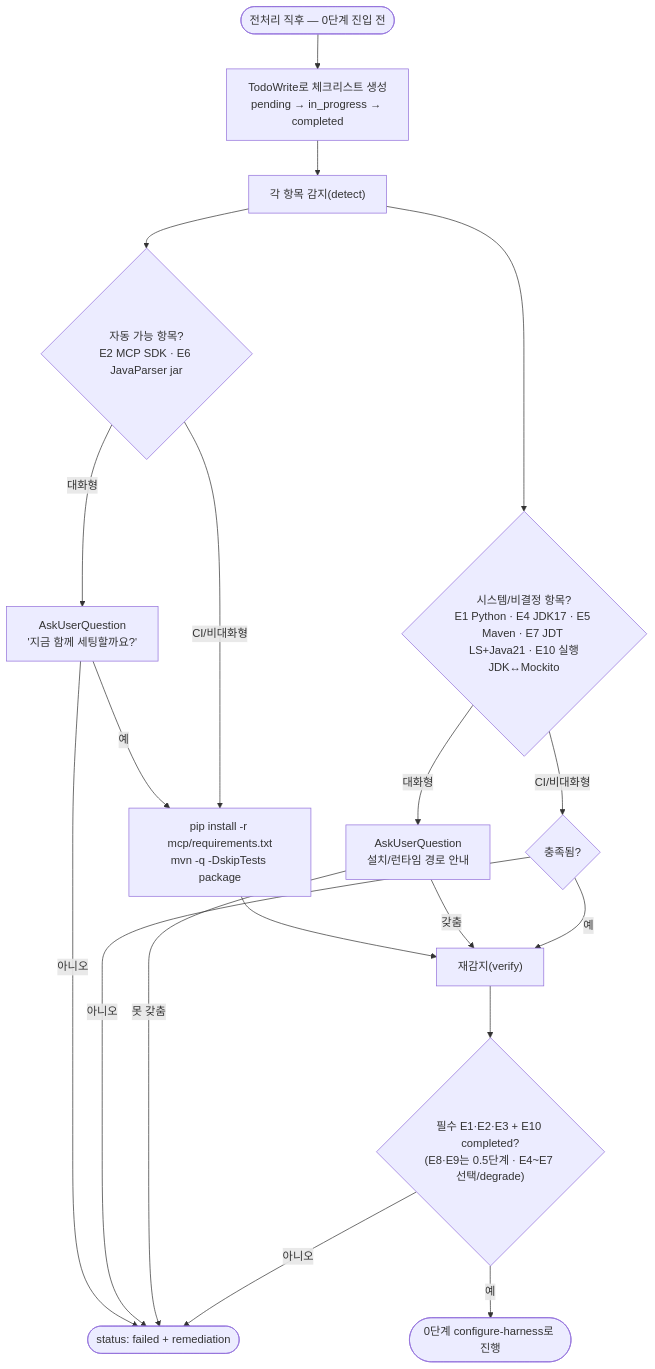
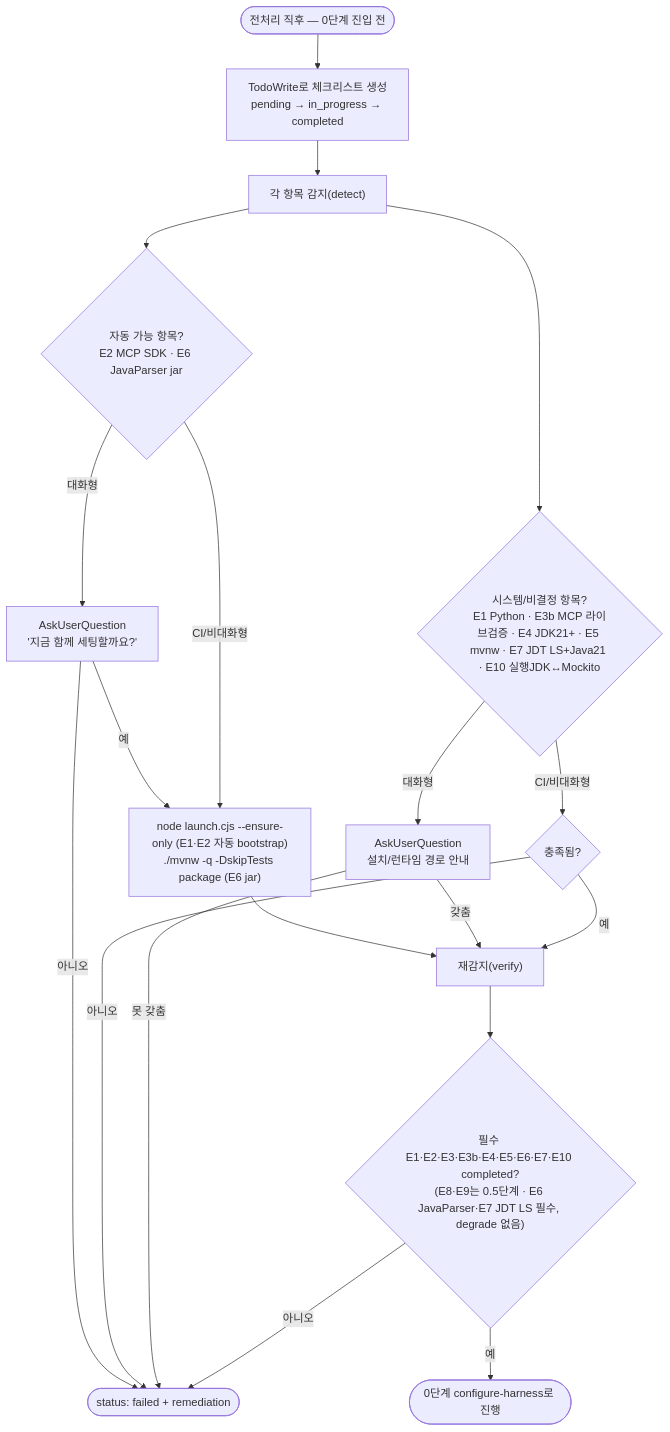
Before and after one commit to 1223v/test-autoevermation-harness: the second of 7 diagrams in test-autoevermation-harness-plugin/docs/pipeline-flow.md, drawn with Mermaid. The commit also changed other lines of this file and 24 other files, not shown here.

````diff
--- a/test-autoevermation-harness-plugin/docs/pipeline-flow.md
+++ b/test-autoevermation-harness-plugin/docs/pipeline-flow.md
@@ -65,25 +70,25 @@
 ```mermaid
 flowchart TD
     Start(["전처리 직후 — 0단계 진입 전"]) --> Todo["TodoWrite로 체크리스트 생성<br/>pending → in_progress → completed"]
     Todo --> Detect["각 항목 감지(detect)"]
 
     Detect --> Auto{"자동 가능 항목?<br/>E2 MCP SDK · E6 JavaParser jar"}
     Auto -- "대화형" --> AskA["AskUserQuestion<br/>'지금 함께 세팅할까요?'"]
-    AskA -- "예" --> RunA["pip install -r mcp/requirements.txt<br/>mvn -q -DskipTests package"]
+    AskA -- "예" --> RunA["node launch.cjs --ensure-only (E1·E2 자동 bootstrap)<br/>./mvnw -q -DskipTests package (E6 jar)"]
     AskA -- "아니오" --> FailE(["status: failed + remediation"])
     Auto -- "CI/비대화형" --> RunA
     RunA --> Verify["재감지(verify)"]
 
-    Detect --> Assist{"시스템/비결정 항목?<br/>E1 Python · E4 JDK17 · E5 Maven · E7 JDT LS+Java21 · E10 실행JDK↔Mockito"}
+    Detect --> Assist{"시스템/비결정 항목?<br/>E1 Python · E3b MCP 라이브검증 · E4 JDK21+ · E5 mvnw · E7 JDT LS+Java21 · E10 실행JDK↔Mockito"}
     Assist -- "대화형" --> AskB["AskUserQuestion<br/>설치/런타임 경로 안내"]
     Assist -- "CI/비대화형" --> CIstop{"충족됨?"}
     CIstop -- "아니오" --> FailE
     AskB -- "못 갖춤" --> FailE
     AskB -- "갖춤" --> Verify
     CIstop -- "예" --> Verify
 
-    Gate{"필수 E1·E2·E3 + E10 completed?<br/>(E8·E9는 0.5단계 · E4~E7 선택/degrade)"}
+    Gate{"필수 E1·E2·E3·E3b·E4·E5·E6·E7·E10 completed?<br/>(E8·E9는 0.5단계 · E6 JavaParser·E7 JDT LS 필수, degrade 없음)"}
     Verify --> Gate
     Gate -- "아니오" --> FailE
     Gate -- "예" --> Ok(["0단계 configure-harness로 진행"])
 ```
````
